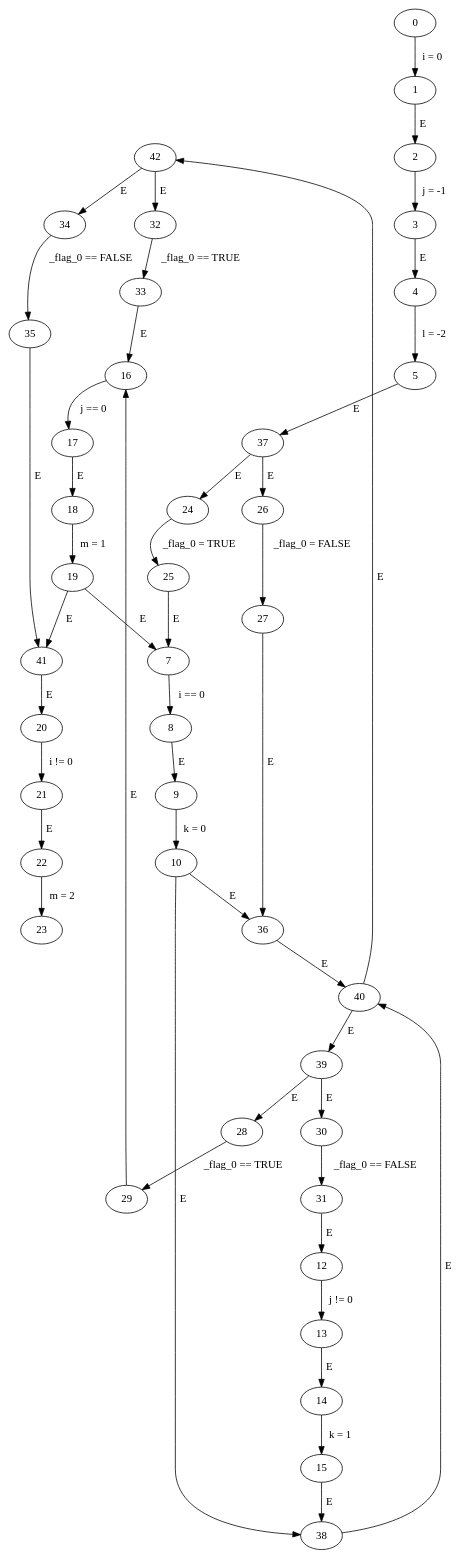
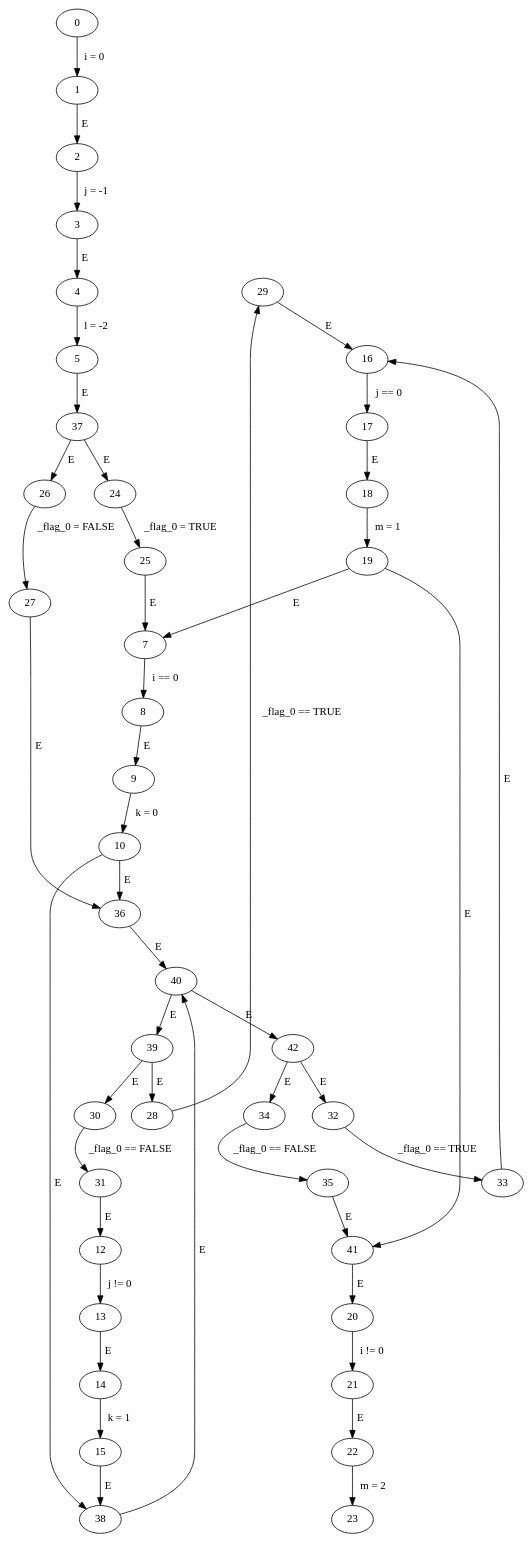
One commit to Harman309/project6 changed the diagram in code/norm_cfgs/nestedwhile/nestedwhile.gv. Above: the diagram before and after it, drawn with Graphviz. The commit also changed other lines of this file and 35 other files, not shown here.

```diff
--- a/code/norm_cfgs/nestedwhile/nestedwhile.gv
+++ b/code/norm_cfgs/nestedwhile/nestedwhile.gv
@@ -1,49 +1,49 @@
 // nestedwhile
 digraph {
-	22 -> 23 [label=" m = 2 "]
-	4 -> 5 [label=" l = -2 "]
-	42 -> 32 [label=" E "]
-	42 -> 34 [label=" E "]
+	29 -> 16 [label=" E "]
+	40 -> 42 [label=" E "]
+	41 -> 20 [label=" E "]
 	34 -> 35 [label=" _flag_0 == FALSE "]
-	19 -> 41 [label=" E "]
-	13 -> 14 [label=" E "]
-	5 -> 37 [label=" E "]
-	35 -> 41 [label=" E "]
+	12 -> 13 [label=" j != 0 "]
+	31 -> 12 [label=" E "]
+	1 -> 2 [label=" E "]
 	25 -> 7 [label=" E "]
-	40 -> 42 [label=" E "]
+	18 -> 19 [label=" m = 1 "]
+	7 -> 8 [label=" i == 0 "]
 	24 -> 25 [label=" _flag_0 = TRUE "]
-	41 -> 20 [label=" E "]
-	8 -> 9 [label=" E "]
-	7 -> 8 [label=" i == 0 "]
 	37 -> 24 [label=" E "]
+	9 -> 10 [label=" k = 0 "]
 	37 -> 26 [label=" E "]
 	10 -> 36 [label=" E "]
+	36 -> 40 [label=" E "]
+	0 -> 1 [label=" i = 0 "]
+	17 -> 18 [label=" E "]
+	26 -> 27 [label=" _flag_0 = FALSE "]
 	27 -> 36 [label=" E "]
-	1 -> 2 [label=" E "]
-	12 -> 13 [label=" j != 0 "]
-	9 -> 10 [label=" k = 0 "]
-	29 -> 16 [label=" E "]
-	19 -> 7 [label=" E "]
+	8 -> 9 [label=" E "]
+	39 -> 28 [label=" E "]
+	39 -> 30 [label=" E "]
+	14 -> 15 [label=" k = 1 "]
+	5 -> 37 [label=" E "]
+	10 -> 38 [label=" E "]
 	28 -> 29 [label=" _flag_0 == TRUE "]
-	31 -> 12 [label=" E "]
-	36 -> 40 [label=" E "]
-	18 -> 19 [label=" m = 1 "]
-	26 -> 27 [label=" _flag_0 = FALSE "]
-	14 -> 15 [label=" k = 1 "]
-	17 -> 18 [label=" E "]
-	2 -> 3 [label=" j = -1 "]
 	20 -> 21 [label=" i != 0 "]
-	39 -> 28 [label=" E "]
-	0 -> 1 [label=" i = 0 "]
-	30 -> 31 [label=" _flag_0 == FALSE "]
-	39 -> 30 [label=" E "]
-	3 -> 4 [label=" E "]
-	10 -> 38 [label=" E "]
 	15 -> 38 [label=" E "]
-	21 -> 22 [label=" E "]
 	40 -> 39 [label=" E "]
 	38 -> 40 [label=" E "]
 	33 -> 16 [label=" E "]
+	30 -> 31 [label=" _flag_0 == FALSE "]
+	4 -> 5 [label=" l = -2 "]
+	21 -> 22 [label=" E "]
+	19 -> 7 [label=" E "]
+	2 -> 3 [label=" j = -1 "]
+	22 -> 23 [label=" m = 2 "]
+	42 -> 32 [label=" E "]
+	3 -> 4 [label=" E "]
+	42 -> 34 [label=" E "]
 	32 -> 33 [label=" _flag_0 == TRUE "]
+	19 -> 41 [label=" E "]
 	16 -> 17 [label=" j == 0 "]
+	35 -> 41 [label=" E "]
+	13 -> 14 [label=" E "]
 }
```
